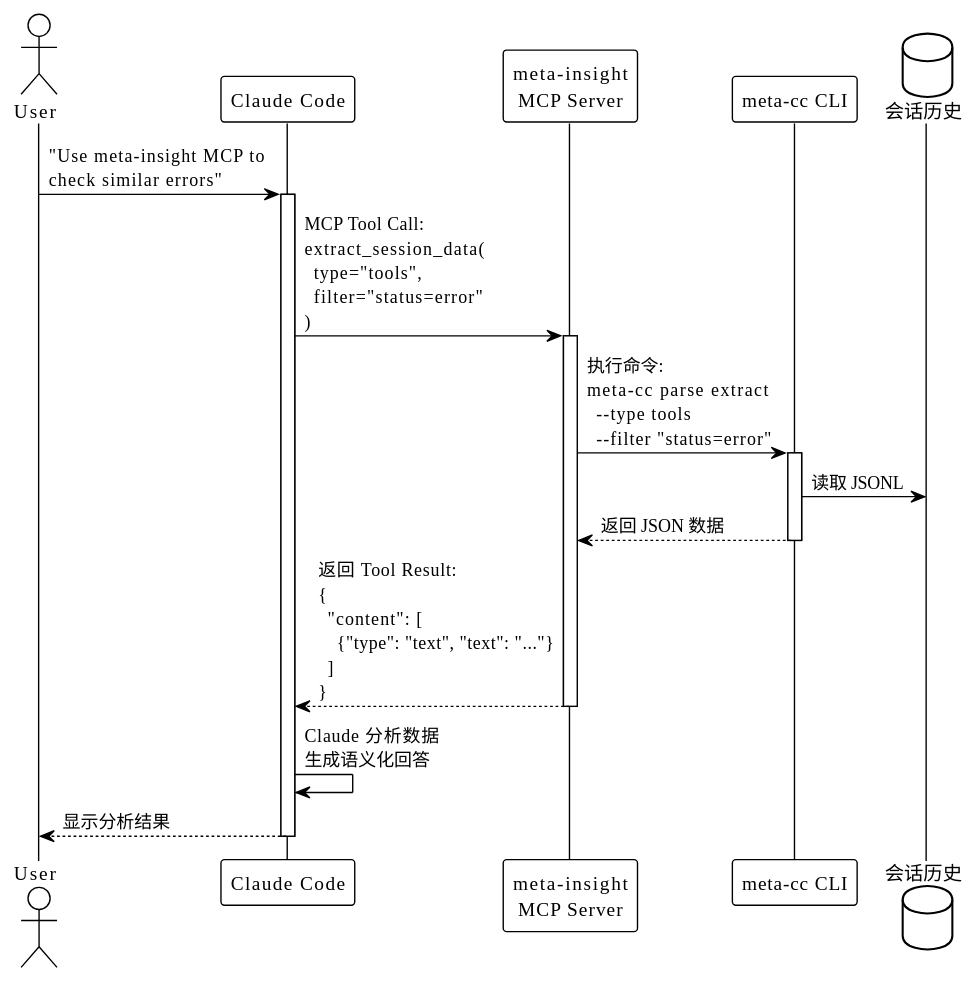
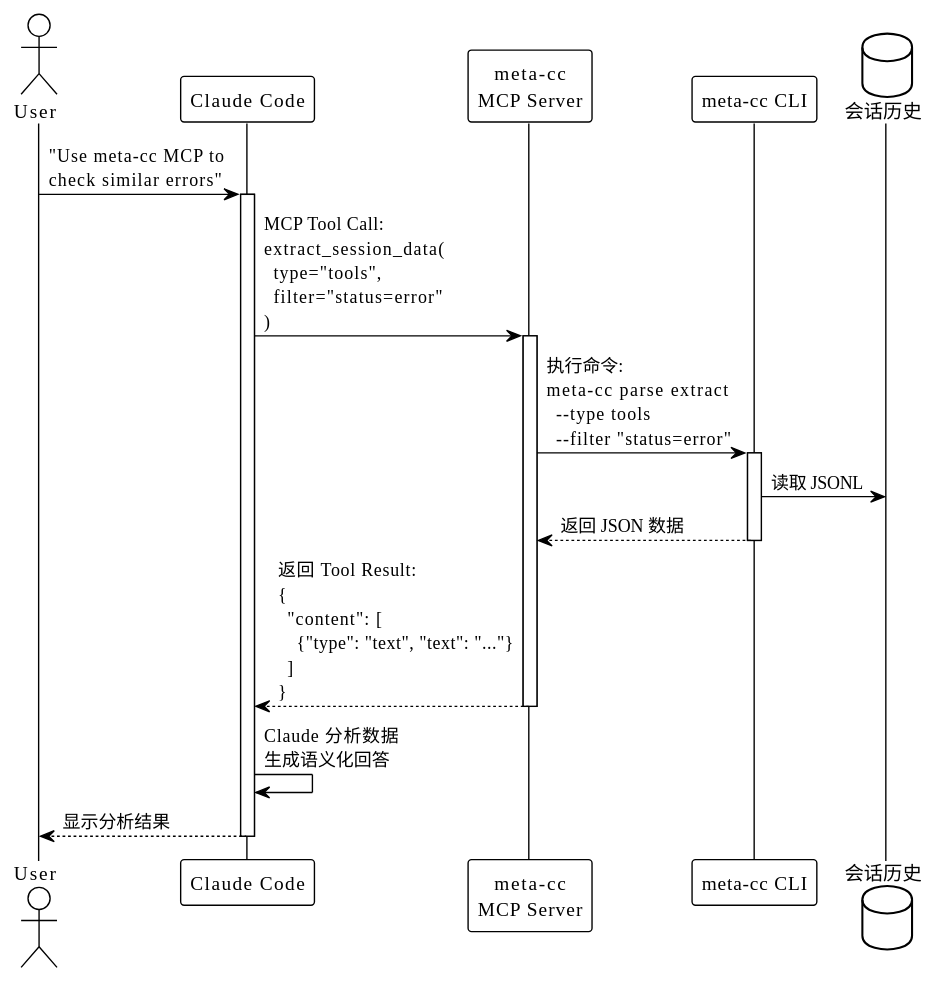
The sixth of 11 diagrams in docs/proposals/meta-cognition-proposal.md (yaleh/meta-cc), drawn with PlantUML before and after one commit. The commit also changed other lines of this file and 23 other files, not shown here.

First line of the commit message:
refactor: rename meta-insight to meta-cc in docs and agents

````diff
--- a/docs/proposals/meta-cognition-proposal.md
+++ b/docs/proposals/meta-cognition-proposal.md
@@ -677,33 +677,33 @@
 ```plantuml
 @startuml
 !theme plain
 
 actor User
 participant "Claude Code" as CC
-participant "meta-insight\nMCP Server" as MCP
+participant "meta-cc\nMCP Server" as MCP
 participant "meta-cc CLI" as CLI
 database "会话历史" as History
 
-User -> CC : "Use meta-insight MCP to\ncheck similar errors"
+User -> CC : "Use meta-cc MCP to\ncheck similar errors"
 activate CC
 
 CC -> MCP : MCP Tool Call:\nextract_session_data(\n  type="tools",\n  filter="status=error"\n)
 activate MCP
 
 MCP -> CLI : 执行命令:\nmeta-cc parse extract\n  --type tools\n  --filter "status=error"
 activate CLI
 
 CLI -> History : 读取 JSONL
 CLI --> MCP : 返回 JSON 数据
 deactivate CLI
 
 MCP --> CC : 返回 Tool Result:\n{\n  "content": [\n    {"type": "text", "text": "..."}\n  ]\n}
 deactivate MCP
 
 CC -> CC : Claude 分析数据\n生成语义化回答
 
 CC --> User : 显示分析结果
 deactivate CC
 
 @enduml
 ```
````
